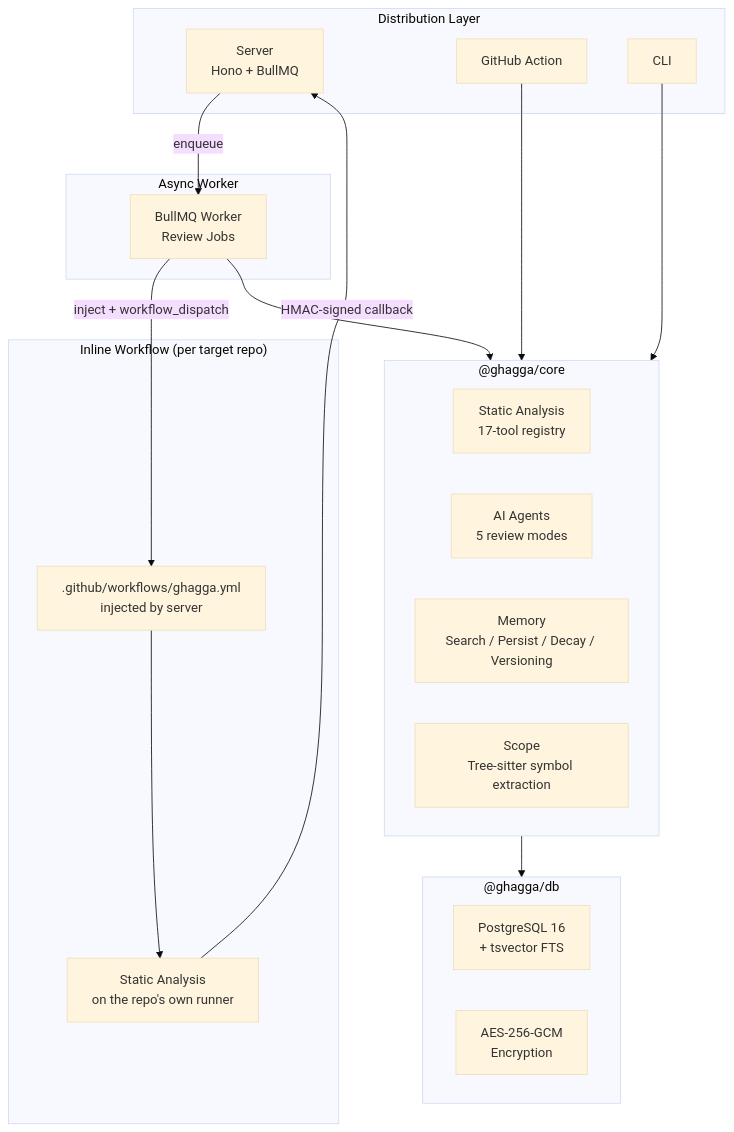
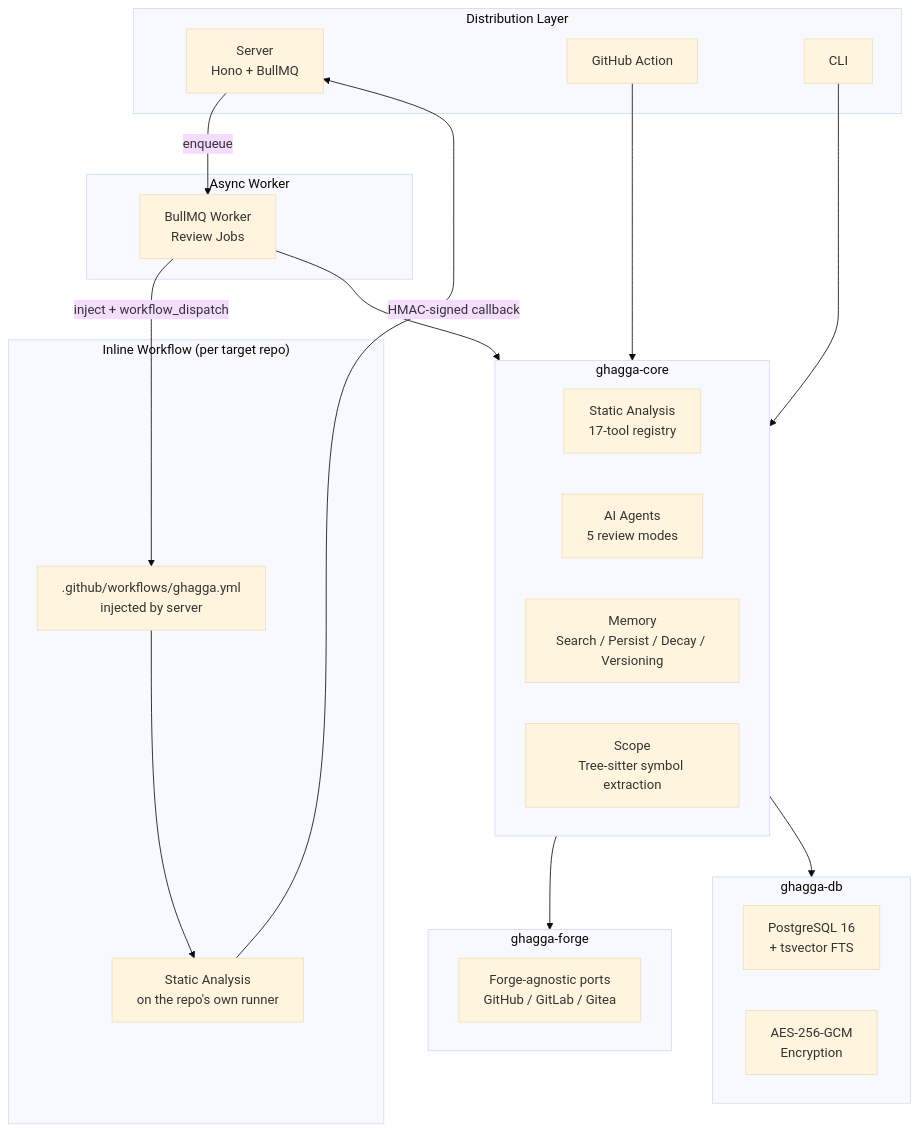
Before and after one commit to JNZader/ghagga: the first of 3 diagrams in README.md, drawn with Mermaid (base theme). The commit also changed other lines of this file and 1 other file, not shown here.

````diff
--- a/README.md
+++ b/README.md
@@ -52,38 +55,43 @@
 ```mermaid
 graph TB
   subgraph Distribution["Distribution Layer"]
     Server["Server<br/>Hono + BullMQ"]
     Action["GitHub Action"]
     CLI["CLI"]
   end
 
   subgraph Worker["Async Worker"]
     BullMQ["BullMQ Worker<br/>Review Jobs"]
   end
 
   subgraph Inline["Inline Workflow (per target repo)"]
     InlineYml[".github/workflows/ghagga.yml<br/>injected by server"]
     InlineTools["Static Analysis<br/>on the repo's own runner"]
   end
 
-  subgraph Core["@ghagga/core"]
+  subgraph Core["ghagga-core"]
     SA["Static Analysis<br/>17-tool registry"]
     Agents["AI Agents<br/>5 review modes"]
     Memory["Memory<br/>Search / Persist / Decay / Versioning"]
     Scope["Scope<br/>Tree-sitter symbol extraction"]
   end
 
-  subgraph DB["@ghagga/db"]
+  subgraph Forge["ghagga-forge"]
+    Ports["Forge-agnostic ports<br/>GitHub / GitLab / Gitea"]
+  end
+
+  subgraph DB["ghagga-db"]
     PG["PostgreSQL 16<br/>+ tsvector FTS"]
     Crypto["AES-256-GCM<br/>Encryption"]
   end
 
   Server -- enqueue --> BullMQ
   BullMQ --> Core
   BullMQ -- "inject + workflow_dispatch" --> InlineYml
   InlineYml --> InlineTools
   InlineTools -- "HMAC-signed callback" --> Server
   Action --> Core
   CLI --> Core
+  Core --> Forge
   Core --> DB
 ```
````
